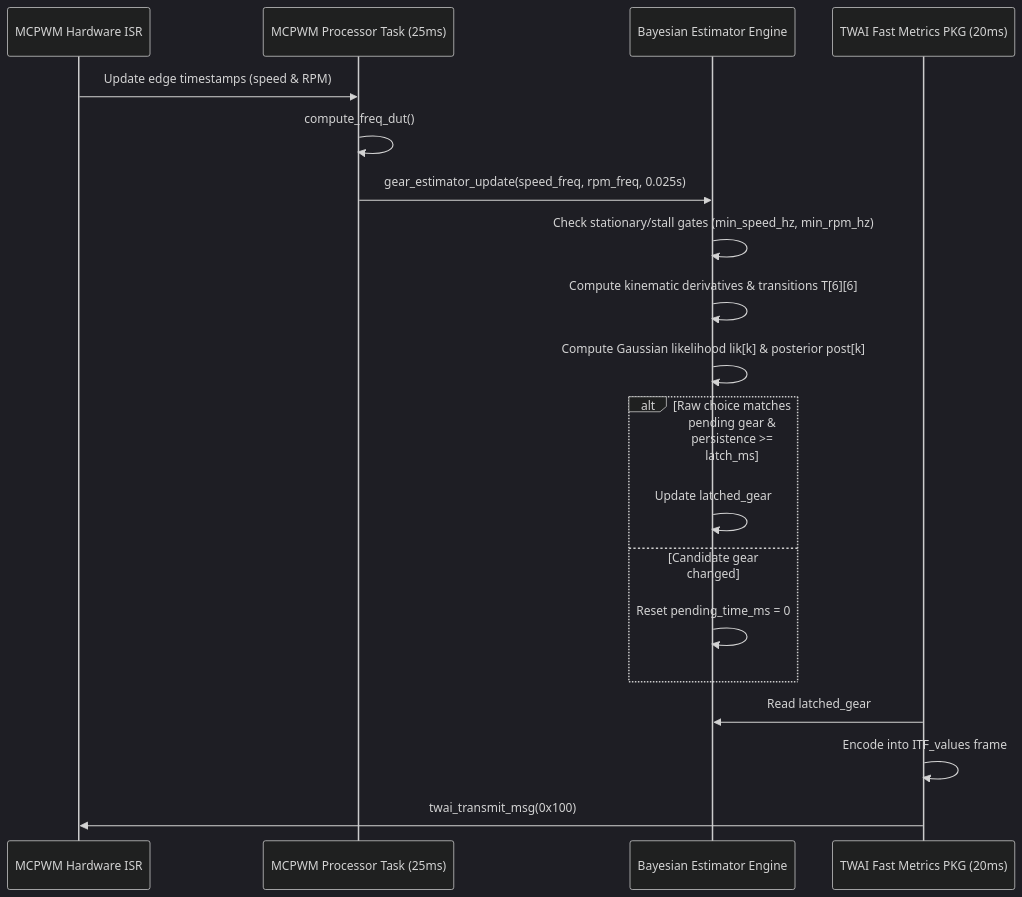
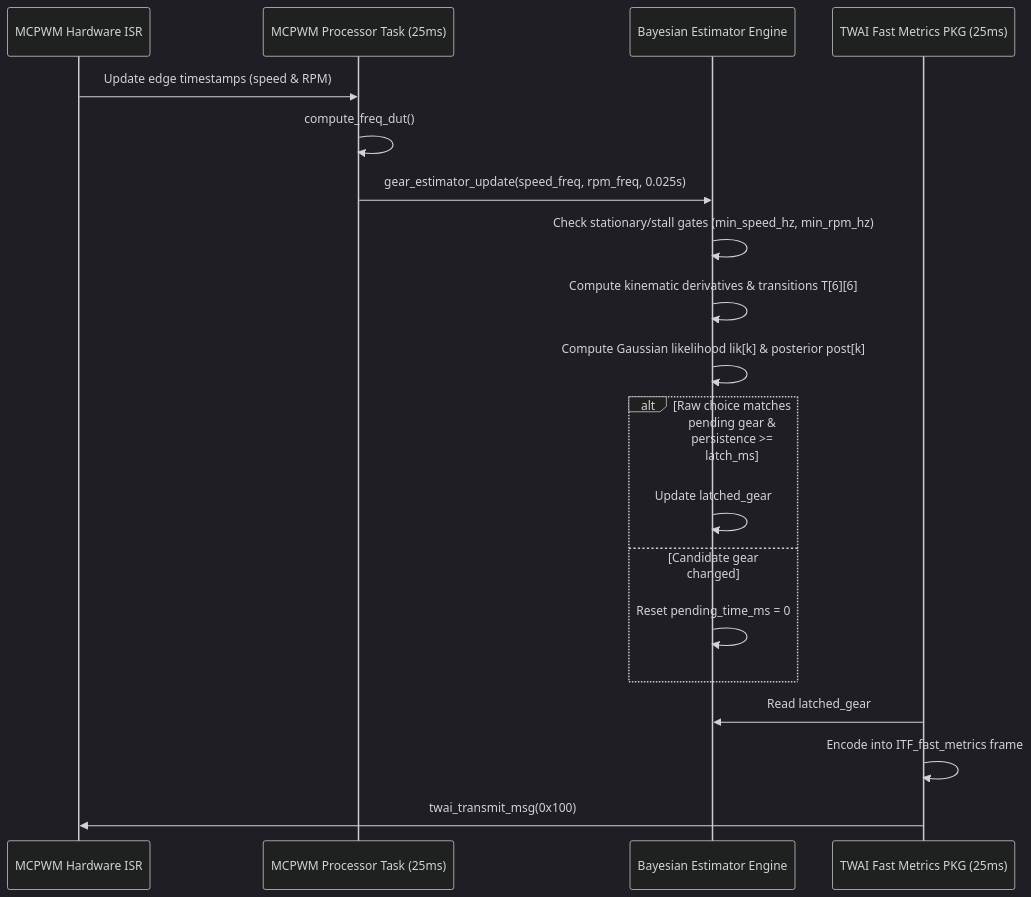
One commit to martinroger/vx-binocle-espidf changed the second of 2 diagrams in interface_board/TOO.MD. Above: the diagram before and after it, drawn with Mermaid (dark theme). The commit also changed other lines of this file and 26 other files, not shown here.

````diff
--- a/interface_board/TOO.MD
+++ b/interface_board/TOO.MD
@@ -70,22 +70,22 @@
 ```mermaid
 sequenceDiagram
     participant HW as MCPWM Hardware ISR
     participant Task as MCPWM Processor Task (25ms)
     participant Bay as Bayesian Estimator Engine
-    participant CAN as TWAI Fast Metrics PKG (20ms)
+    participant CAN as TWAI Fast Metrics PKG (25ms)
 
     HW->>Task: Update edge timestamps (speed & RPM)
     Task->>Task: compute_freq_dut()
     Task->>Bay: gear_estimator_update(speed_freq, rpm_freq, 0.025s)
     Bay->>Bay: Check stationary/stall gates (min_speed_hz, min_rpm_hz)
     Bay->>Bay: Compute kinematic derivatives & transitions T[6][6]
     Bay->>Bay: Compute Gaussian likelihood lik[k] & posterior post[k]
     alt Raw choice matches pending gear & persistence >= latch_ms
         Bay->>Bay: Update latched_gear
     else Candidate gear changed
         Bay->>Bay: Reset pending_time_ms = 0
     end
     CAN->>Bay: Read latched_gear
-    CAN->>CAN: Encode into ITF_values frame
+    CAN->>CAN: Encode into ITF_fast_metrics frame
     CAN->>HW: twai_transmit_msg(0x100)
 ```
````
